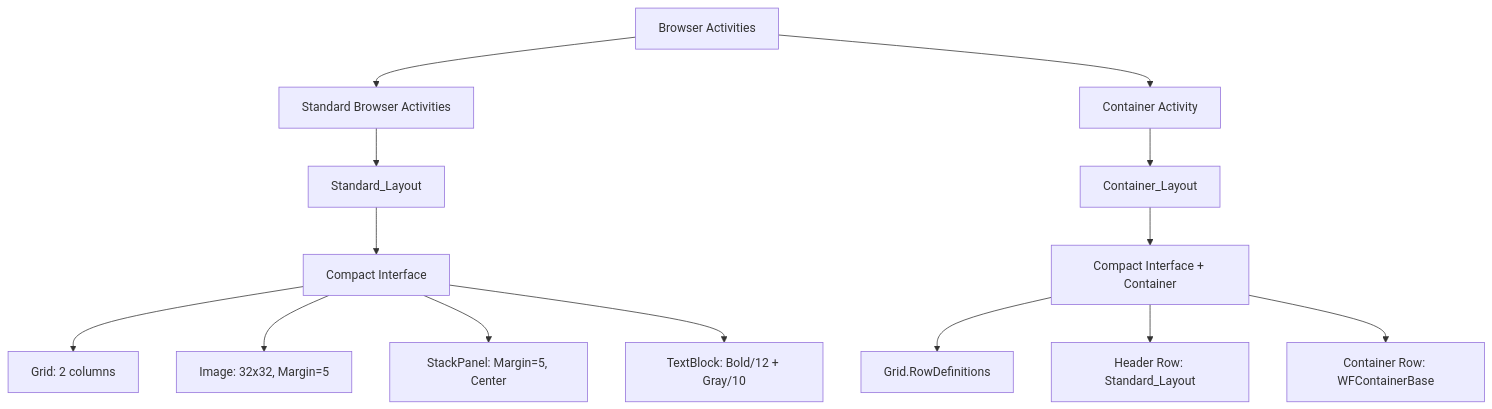
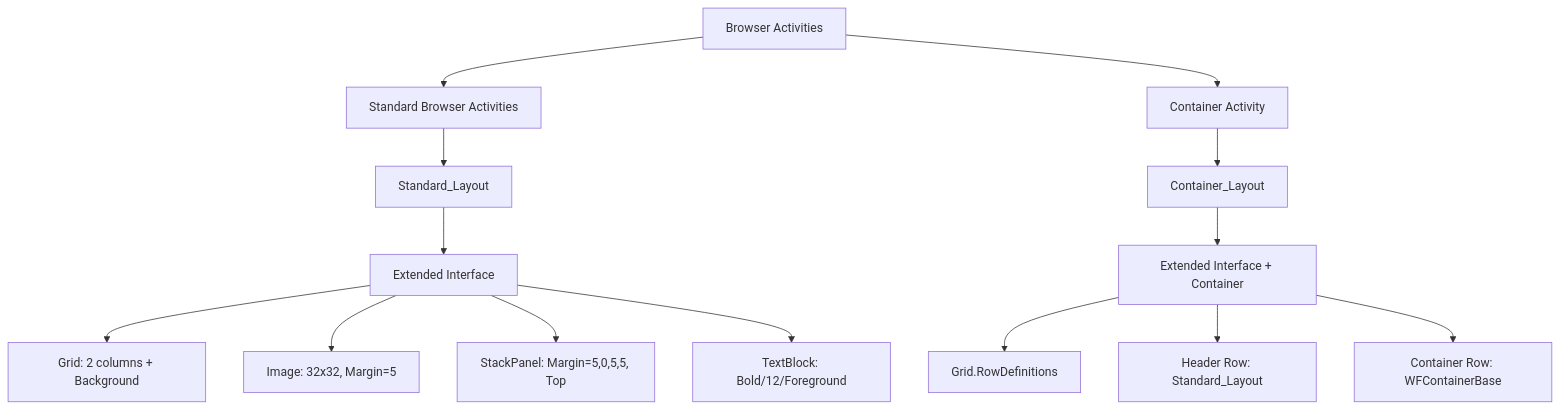
One commit to chelslava/Primo.MIA changed the diagram in .kiro/specs/browser-interface-modernization/design.md. Above: the diagram before and after it, drawn with Mermaid. The commit also changed other lines of this file and 24 other files, not shown here.

````diff
--- a/.kiro/specs/browser-interface-modernization/design.md
+++ b/.kiro/specs/browser-interface-modernization/design.md
@@ -37,18 +43,18 @@
 ```mermaid
 graph TD
     A[Browser Activities] --> B[Standard Browser Activities]
     A --> C[Container Activity]
     B --> D[Standard_Layout]
     C --> E[Container_Layout]
-    D --> F[Compact Interface]
-    E --> G[Compact Interface + Container]
+    D --> F[Extended Interface]
+    E --> G[Extended Interface + Container]
     
-    F --> H[Grid: 2 columns]
+    F --> H[Grid: 2 columns + Background]
     F --> I[Image: 32x32, Margin=5]
-    F --> J[StackPanel: Margin=5, Center]
-    F --> K[TextBlock: Bold/12 + Gray/10]
+    F --> J[StackPanel: Margin=5,0,5,5, Top]
+    F --> K[TextBlock: Bold/12/Foreground]
     
     G --> L[Grid.RowDefinitions]
     G --> M[Header Row: Standard_Layout]
     G --> N[Container Row: WFContainerBase]
 ```
````
